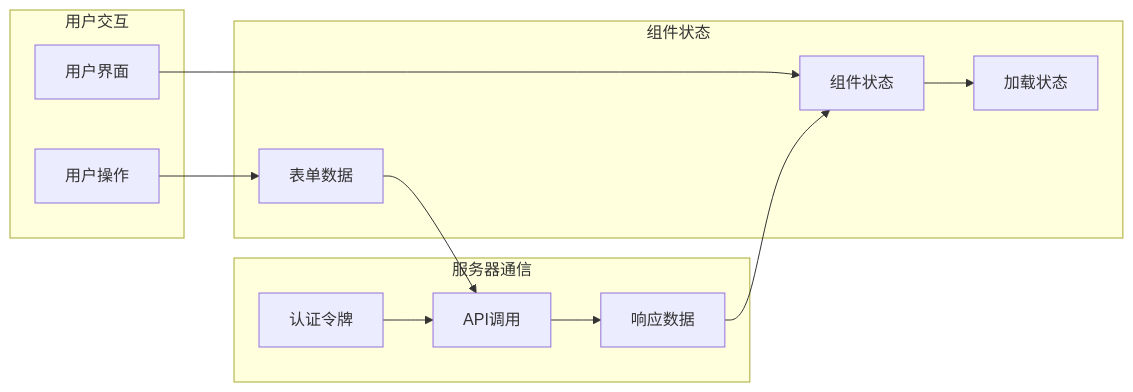
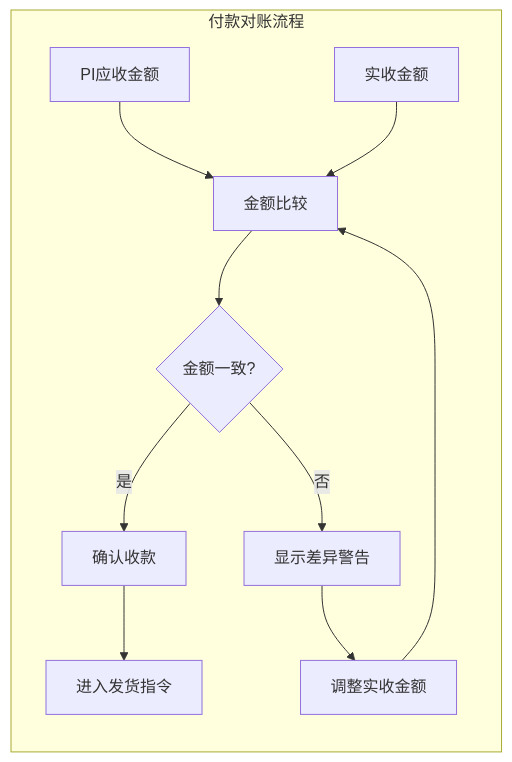
The sixth of 7 diagrams in .qoder/repowiki/zh/content/前端组件架构/服务工作流增强/结案交接模态框.md (CubeEdge/Longhorn), drawn with Mermaid before and after one commit. The commit also changed other lines of this file and 3 other files, not shown here.

````diff
--- a/.qoder/repowiki/zh/content/前端组件架构/服务工作流增强/结案交接模态框.md
+++ b/.qoder/repowiki/zh/content/前端组件架构/服务工作流增强/结案交接模态框.md
@@ -230,24 +283,13 @@
 ```mermaid
 flowchart LR
-subgraph "用户交互"
-UI[用户界面]
-Actions[用户操作]
+subgraph "付款对账流程"
+PI[PI应收金额] --> Compare[金额比较]
+Actual[实收金额] --> Compare
+Compare --> Match{金额一致?}
+Match --> |是| Confirmed[确认收款]
+Match --> |否| Warning[显示差异警告]
+Warning --> Adjust[调整实收金额]
+Adjust --> Compare
+Confirmed --> Next[进入发货指令]
 end
-subgraph "组件状态"
-State[组件状态]
-Form[表单数据]
-Loading[加载状态]
-end
-subgraph "服务器通信"
-API[API调用]
-Auth[认证令牌]
-Response[响应数据]
-end
-UI --> State
-Actions --> Form
-State --> Loading
-Form --> API
-Auth --> API
-API --> Response
-Response --> State
 ```
````
